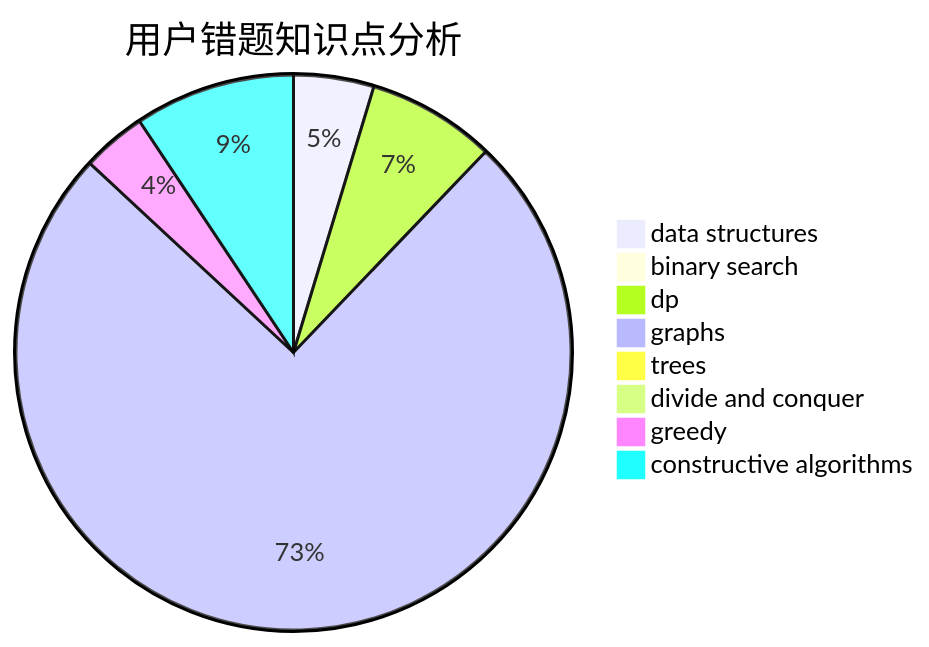
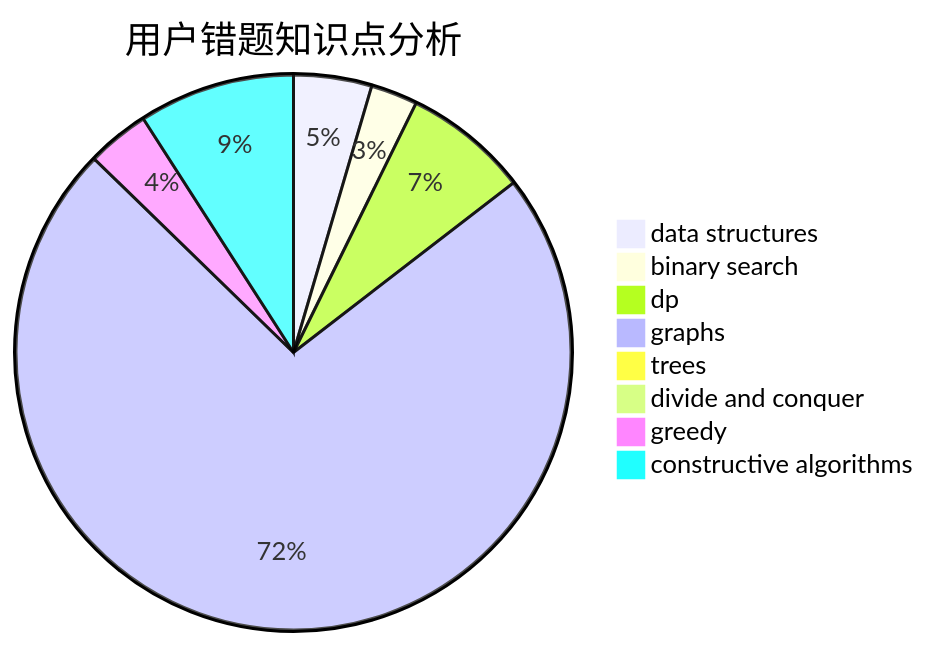
One commit to sherpahu/cfrs.github.io changed the third of 3 diagrams in docs/user/u665.md. Above: the diagram before and after it, drawn with Mermaid. The commit also changed other lines of this file and 2770 other files, not shown here.

````diff
--- a/docs/user/u665.md
+++ b/docs/user/u665.md
@@ -36,11 +36,11 @@
 ```mermaid
 pie title 用户错题知识点分析
     "data structures" :  5
-    "binary search" :  1
+    "binary search" :  3
     "dp" :  8
     "graphs" :  80
     "trees" :  1
     "divide and conquer" :  0
     "greedy" :  4
     "constructive algorithms" :  10
 ```
````
